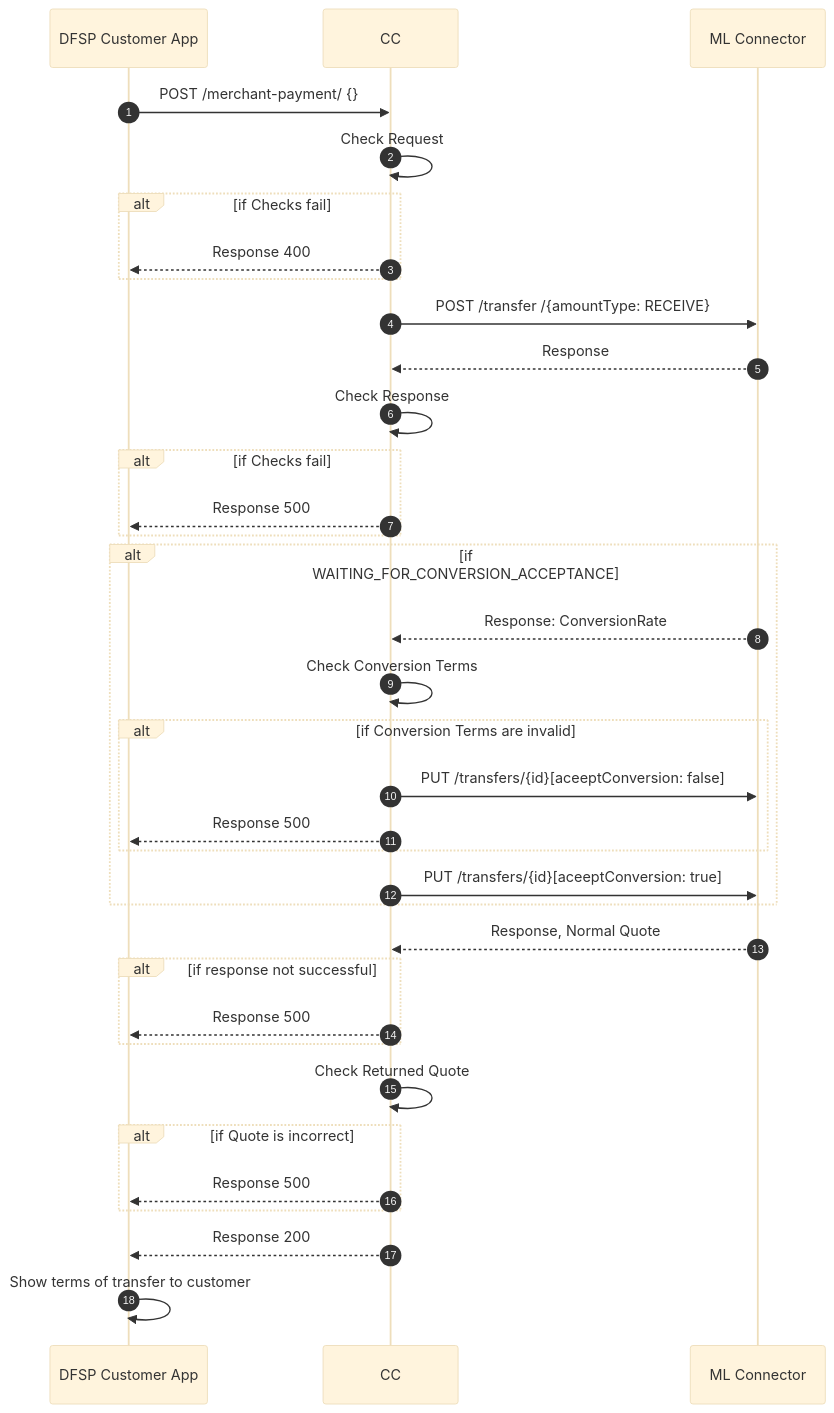
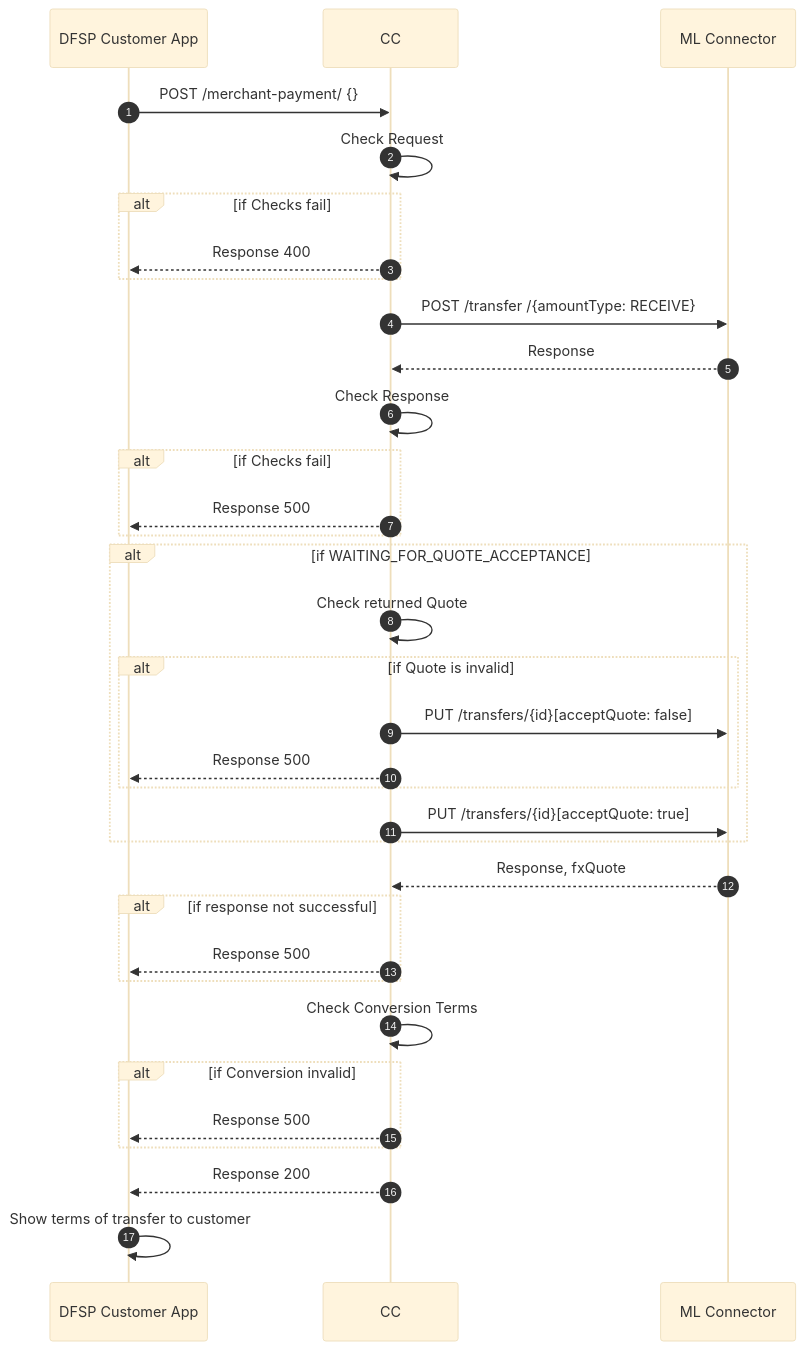
The diagram in core-connector-template/docs/payer-merchant-payment.md (mojaloop/ml-reference-connectors), drawn with Mermaid (base theme) before and after one commit. The commit also changed other lines of this file and 13 other files, not shown here.

````diff
--- a/core-connector-template/docs/payer-merchant-payment.md
+++ b/core-connector-template/docs/payer-merchant-payment.md
@@ -5,35 +5,34 @@
 ```mermaid
 sequenceDiagram
   autoNumber
   DFSP Customer App->>CC: POST /merchant-payment/ {}
   CC->>CC: Check Request
   Alt if Checks fail
   CC-->>DFSP Customer App: Response 400
   End
   CC->>ML Connector: POST /transfer /{amountType: RECEIVE} 
   ML Connector-->>CC: Response
   CC->> CC: Check Response
   Alt if Checks fail
   CC-->>DFSP Customer App: Response 500
   End
 
-  Alt if WAITING_FOR_CONVERSION_ACCEPTANCE
-  ML Connector-->>CC: Response: ConversionRate
-  CC->>CC: Check Conversion Terms
-  Alt if Conversion Terms are invalid
-  CC->>ML Connector: PUT /transfers/{id}[aceeptConversion: false]
+  Alt if WAITING_FOR_QUOTE_ACCEPTANCE
+  CC->>CC: Check returned Quote
+  Alt if Quote is invalid
+  CC->>ML Connector: PUT /transfers/{id}[acceptQuote: false]
   CC-->>DFSP Customer App: Response 500
   End
-  CC->>ML Connector: PUT /transfers/{id}[aceeptConversion: true]
+  CC->>ML Connector: PUT /transfers/{id}[acceptQuote: true]
   End
-  ML Connector-->>CC:Response, Normal Quote
+  ML Connector-->>CC:Response,  fxQuote
   Alt if response not successful
   CC-->>DFSP Customer App: Response 500
   End
-  CC->>CC: Check Returned Quote
-  Alt if Quote is incorrect
+  CC->>CC: Check Conversion Terms
+  Alt if Conversion invalid
   CC-->>DFSP Customer App: Response 500
   End
   CC-->>DFSP Customer App: Response 200
-  DFSP Customer App->>DFSP Customer App:Show terms of transfer to customer
+  DFSP Customer App->>DFSP Customer App: Show terms of transfer to customer
 ```
````
